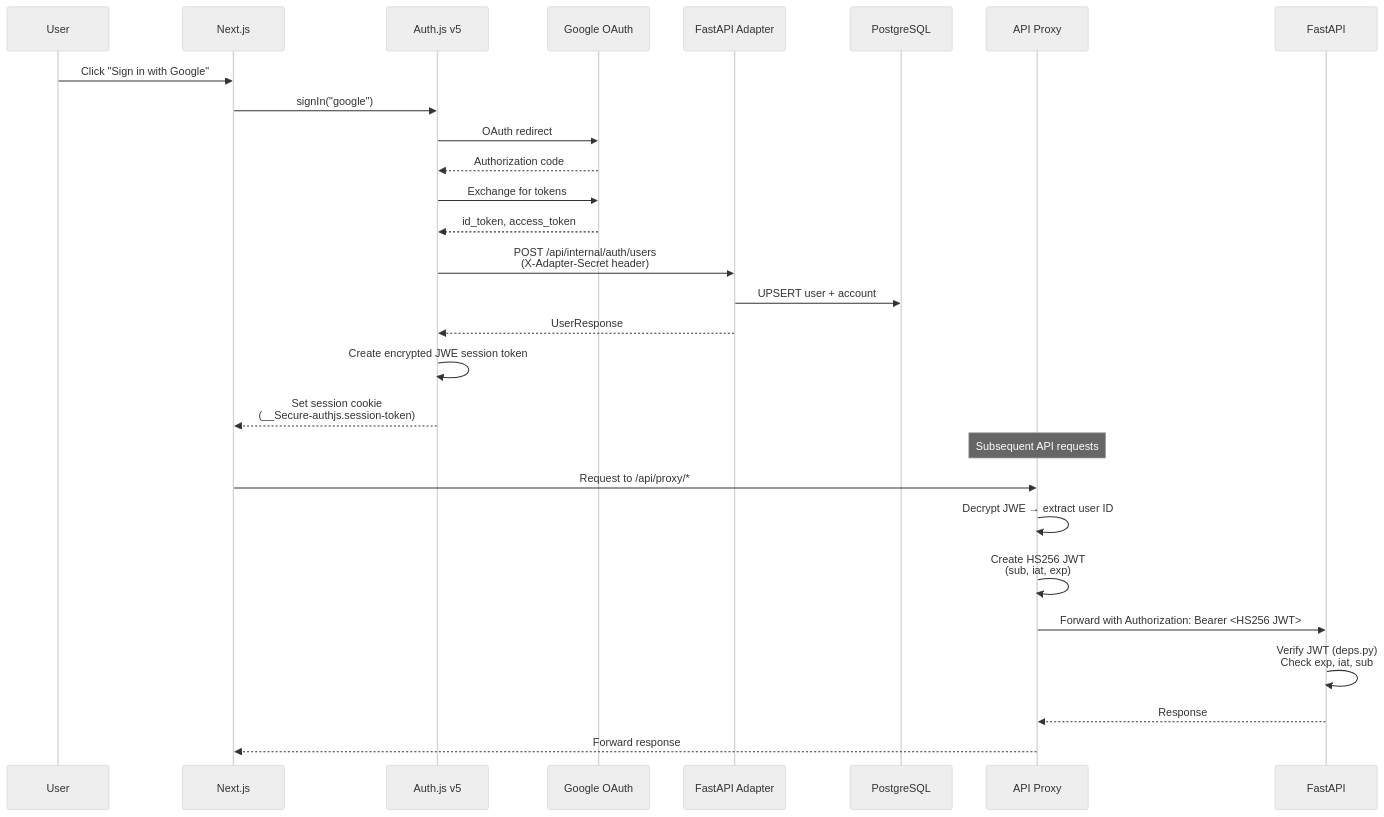
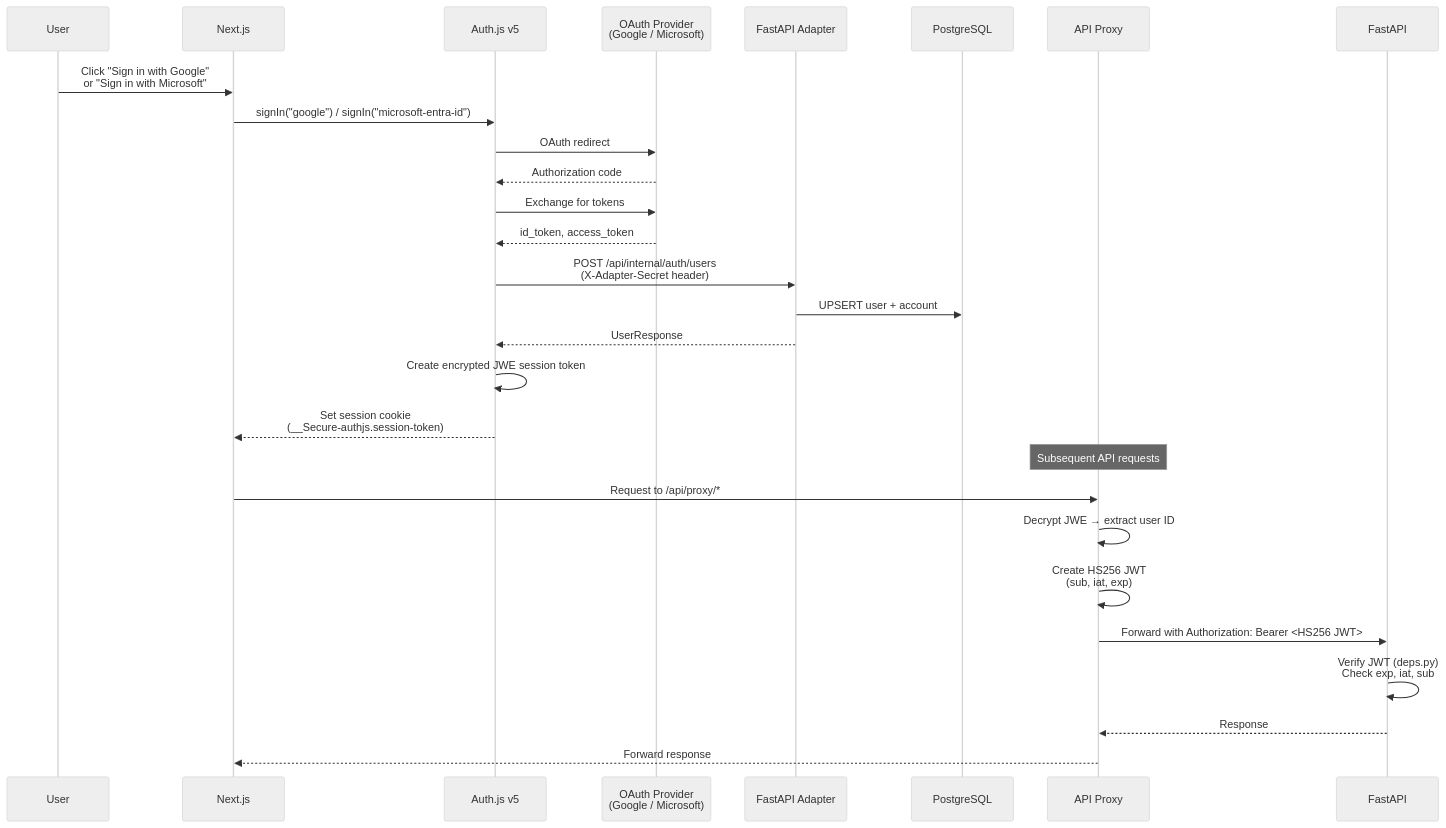
Before and after one commit to Rswcf/DocTalk: the fourth of 9 diagrams in docs/ARCHITECTURE.md, drawn with Mermaid (neutral theme). The commit also changed other lines of this file and 6 other files, not shown here.

First line of the commit message:
docs: update all docs for Microsoft OAuth + Email Magic Link

````diff
--- a/docs/ARCHITECTURE.md
+++ b/docs/ARCHITECTURE.md
@@ -206,34 +214,34 @@
 ```mermaid
 sequenceDiagram
     participant U as User
     participant NJ as Next.js
     participant AJ as Auth.js v5
-    participant G as Google OAuth
+    participant OP as OAuth Provider<br/>(Google / Microsoft)
     participant AD as FastAPI Adapter
     participant DB as PostgreSQL
     participant PX as API Proxy
     participant API as FastAPI
 
-    U->>NJ: Click "Sign in with Google"
-    NJ->>AJ: signIn("google")
-    AJ->>G: OAuth redirect
-    G-->>AJ: Authorization code
-    AJ->>G: Exchange for tokens
-    G-->>AJ: id_token, access_token
+    U->>NJ: Click "Sign in with Google"<br/>or "Sign in with Microsoft"
+    NJ->>AJ: signIn("google") / signIn("microsoft-entra-id")
+    AJ->>OP: OAuth redirect
+    OP-->>AJ: Authorization code
+    AJ->>OP: Exchange for tokens
+    OP-->>AJ: id_token, access_token
 
     AJ->>AD: POST /api/internal/auth/users<br/>(X-Adapter-Secret header)
     AD->>DB: UPSERT user + account
     AD-->>AJ: UserResponse
 
     AJ->>AJ: Create encrypted JWE session token
     AJ-->>NJ: Set session cookie<br/>(__Secure-authjs.session-token)
 
     Note over PX: Subsequent API requests
     NJ->>PX: Request to /api/proxy/*
     PX->>PX: Decrypt JWE → extract user ID
     PX->>PX: Create HS256 JWT<br/>(sub, iat, exp)
     PX->>API: Forward with Authorization: Bearer <HS256 JWT>
     API->>API: Verify JWT (deps.py)<br/>Check exp, iat, sub
     API-->>PX: Response
     PX-->>NJ: Forward response
 ```
````
